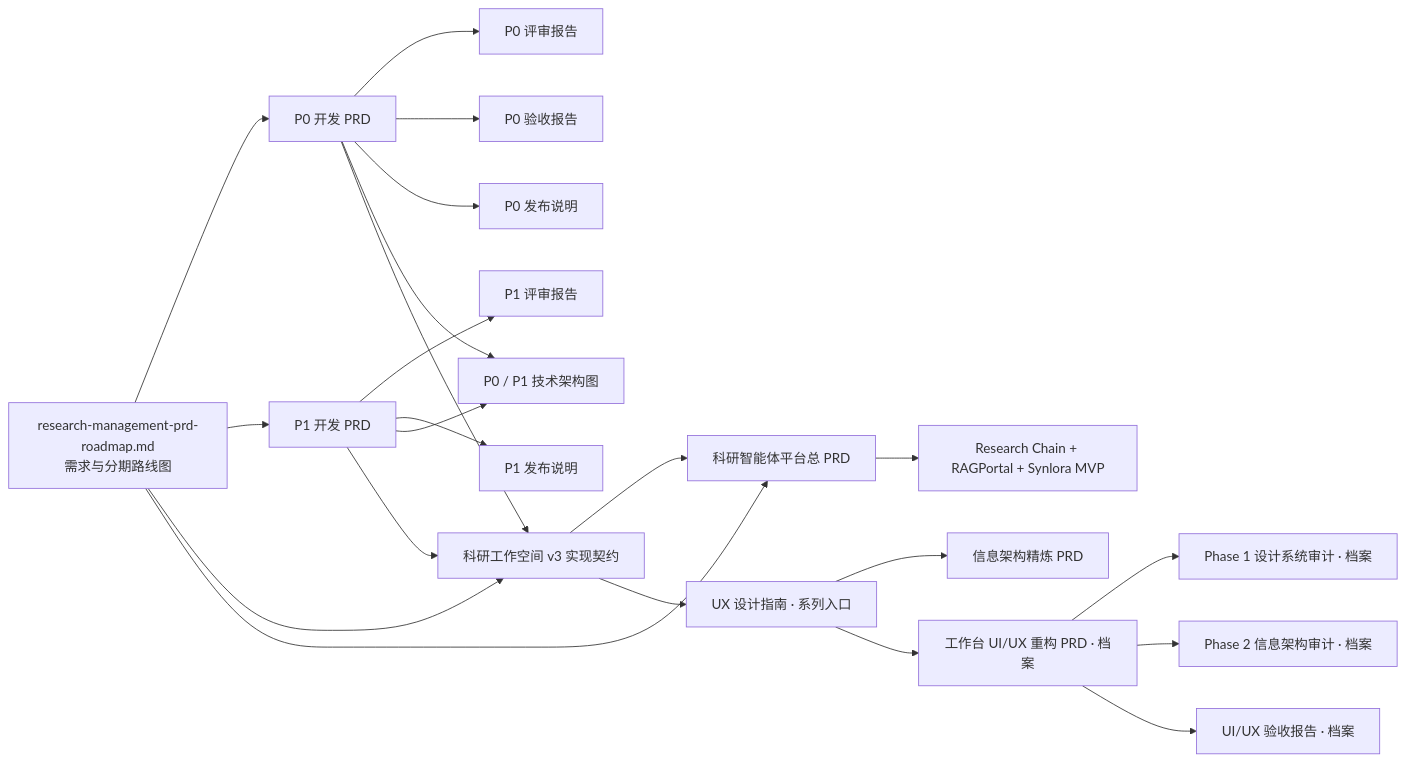
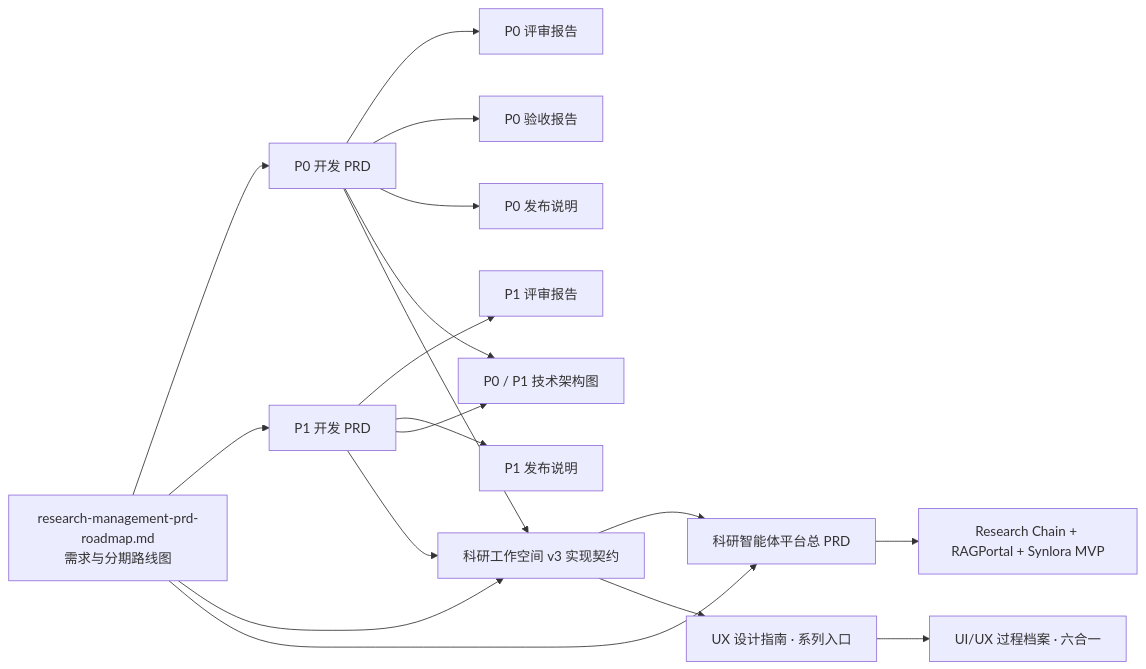
The diagram in docs/README.md (SynlysAI/plane), drawn with Mermaid before and after one commit. The commit also changed other lines of this file and 8 other files, not shown here.

````diff
--- a/docs/README.md
+++ b/docs/README.md
@@ -62,24 +45,20 @@
 ```mermaid
 flowchart LR
     R[research-management-prd-roadmap.md<br/>需求与分期路线图] --> P0[P0 开发 PRD]
     R --> P1[P1 开发 PRD]
     P0 --> P0R[P0 评审报告]
     P1 --> P1R[P1 评审报告]
     P0 --> P0A[P0 验收报告]
     P0 --> P0N[P0 发布说明]
     P1 --> P1N[P1 发布说明]
     P0 --> ARCH[P0 / P1 技术架构图]
     P1 --> ARCH
     R --> V3[科研工作空间 v3 实现契约]
     P0 --> V3
     P1 --> V3
     R --> PLATFORM[科研智能体平台总 PRD]
     V3 --> PLATFORM
     PLATFORM --> MVP[Research Chain + RAGPortal + Synlora MVP]
     V3 --> GUIDE[UX 设计指南 · 系列入口]
-    GUIDE --> REFINEMENT[信息架构精炼 PRD]
-    GUIDE --> UIUX[工作台 UI/UX 重构 PRD · 档案]
-    UIUX --> AUDIT1[Phase 1 设计系统审计 · 档案]
-    UIUX --> AUDIT2[Phase 2 信息架构审计 · 档案]
-    UIUX --> ACCEPT[UI/UX 验收报告 · 档案]
+    GUIDE --> ARCHIVE[UI/UX 过程档案 · 六合一]
 ```
````
